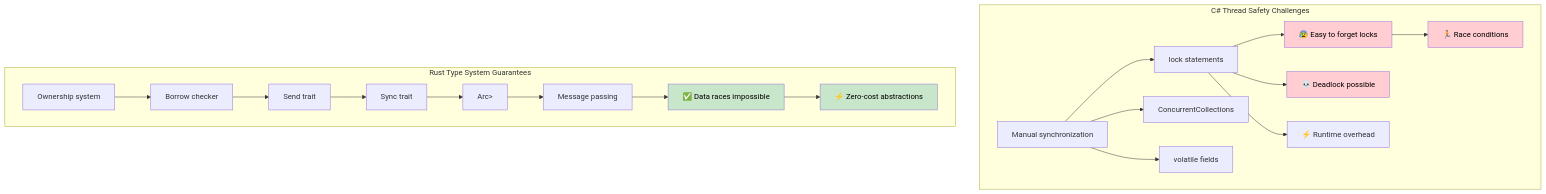
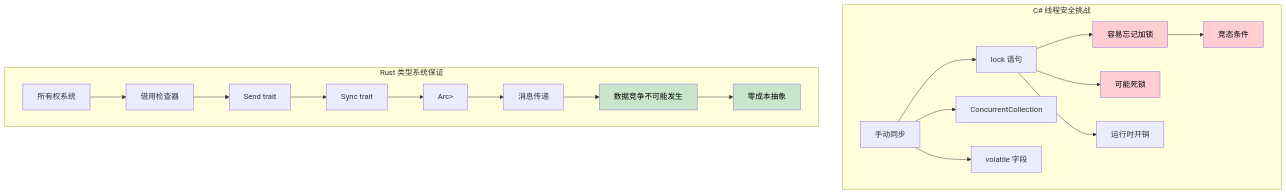
One commit to xiaofengoop/rust-for-csharp-programmers-zh-cn changed the diagram in zh-cn/csharp-book/src/ch13-concurrency.md. Above: the diagram before and after it, drawn with Mermaid. The commit also changed other lines of this file and 38 other files, not shown here.

````diff
--- a/zh-cn/csharp-book/src/ch13-concurrency.md
+++ b/zh-cn/csharp-book/src/ch13-concurrency.md
@@ -222,46 +226,46 @@
 ```mermaid
 graph TD
-    subgraph "C# Thread Safety Challenges"
-        CS_MANUAL["Manual synchronization"]
-        CS_LOCKS["lock statements"]
-        CS_CONCURRENT["ConcurrentCollections"]
-        CS_VOLATILE["volatile fields"]
-        CS_FORGET["😰 Easy to forget locks"]
-        CS_DEADLOCK["💀 Deadlock possible"]
-        CS_RACE["🏃 Race conditions"]
-        CS_OVERHEAD["⚡ Runtime overhead"]
+    subgraph "C# 线程安全挑战"
+        CS_MANUAL["手动同步"]
+        CS_LOCKS["lock 语句"]
+        CS_CONCURRENT["ConcurrentCollection"]
+        CS_VOLATILE["volatile 字段"]
+        CS_FORGET["容易忘记加锁"]
+        CS_DEADLOCK["可能死锁"]
+        CS_RACE["竞态条件"]
+        CS_OVERHEAD["运行时开销"]
         
         CS_MANUAL --> CS_LOCKS
         CS_MANUAL --> CS_CONCURRENT
         CS_MANUAL --> CS_VOLATILE
         CS_LOCKS --> CS_FORGET
         CS_LOCKS --> CS_DEADLOCK
         CS_FORGET --> CS_RACE
         CS_LOCKS --> CS_OVERHEAD
     end
     
-    subgraph "Rust Type System Guarantees"
-        RUST_OWNERSHIP["Ownership system"]
-        RUST_BORROWING["Borrow checker"]
+    subgraph "Rust 类型系统保证"
+        RUST_OWNERSHIP["所有权系统"]
+        RUST_BORROWING["借用检查器"]
         RUST_SEND["Send trait"]
         RUST_SYNC["Sync trait"]
         RUST_ARC["Arc<Mutex<T>>"]
-        RUST_CHANNELS["Message passing"]
-        RUST_SAFE["✅ Data races impossible"]
-        RUST_FAST["⚡ Zero-cost abstractions"]
+        RUST_CHANNELS["消息传递"]
+        RUST_SAFE["数据竞争不可能发生"]
+        RUST_FAST["零成本抽象"]
         
         RUST_OWNERSHIP --> RUST_BORROWING
         RUST_BORROWING --> RUST_SEND
         RUST_SEND --> RUST_SYNC
         RUST_SYNC --> RUST_ARC
         RUST_ARC --> RUST_CHANNELS
         RUST_CHANNELS --> RUST_SAFE
         RUST_SAFE --> RUST_FAST
     end
     
     style CS_FORGET fill:#ffcdd2,color:#000
     style CS_DEADLOCK fill:#ffcdd2,color:#000
     style CS_RACE fill:#ffcdd2,color:#000
     style RUST_SAFE fill:#c8e6c9,color:#000
     style RUST_FAST fill:#c8e6c9,color:#000
 ```
````
